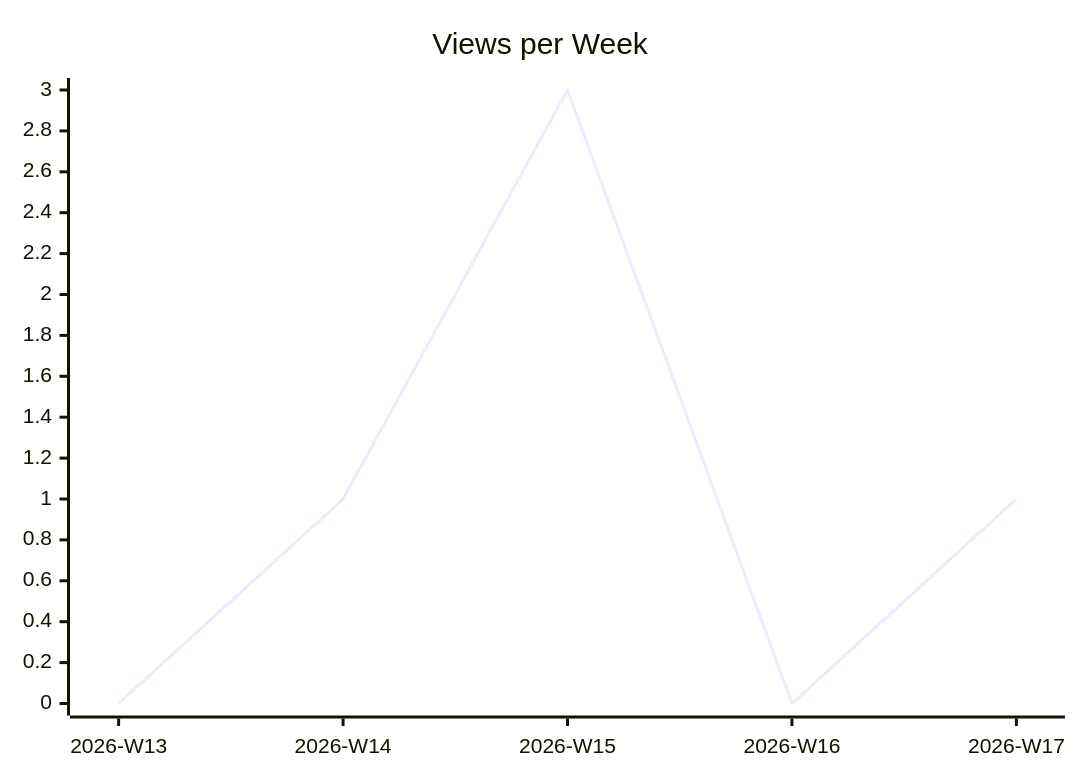
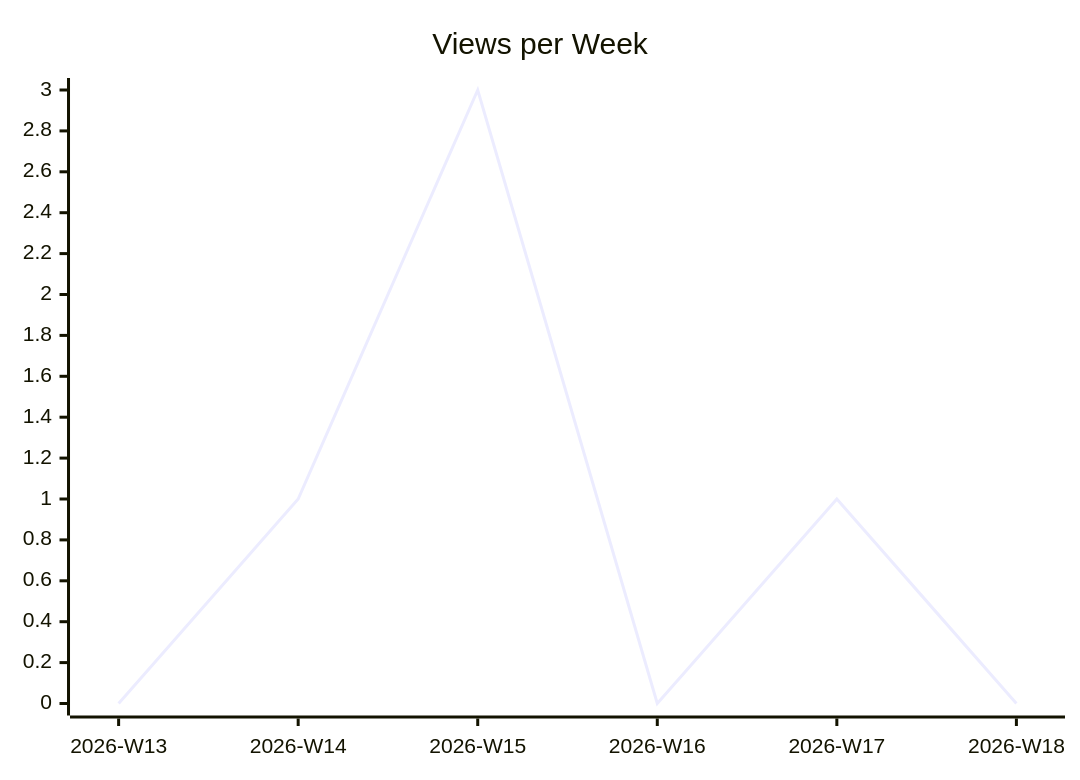
The second of 3 diagrams in justdavis-family/justdavis/README.md (justdavis-family/github-analytics-data), drawn with Mermaid before and after one commit. The commit also changed other lines of this file and 184 other files, not shown here.

````diff
--- a/justdavis-family/justdavis/README.md
+++ b/justdavis-family/justdavis/README.md
@@ -12,6 +12,6 @@
 ```mermaid
 xychart-beta
   title "Views per Week"
-  x-axis ["2026-W13", "2026-W14", "2026-W15", "2026-W16", "2026-W17"]
-  line [0, 1, 3, 0, 1]
+  x-axis ["2026-W13", "2026-W14", "2026-W15", "2026-W16", "2026-W17", "2026-W18"]
+  line [0, 1, 3, 0, 1, 0]
 ```
````
